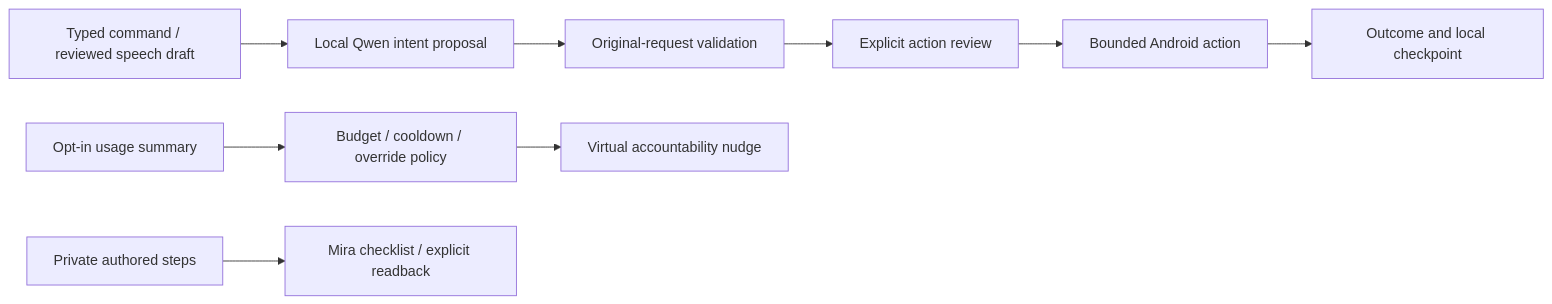
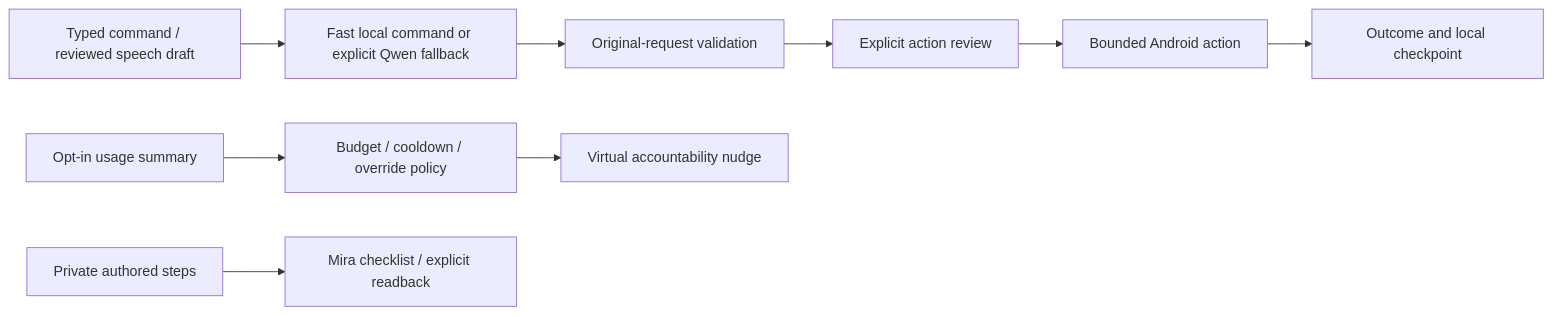
Before and after one commit to sanjuhs/iqoo-focuspilot: the diagram in README.md, drawn with Mermaid. The commit also changed other lines of this file and 8 other files, not shown here.

````diff
--- a/README.md
+++ b/README.md
@@ -114,11 +116,11 @@
 ```mermaid
 flowchart LR
-    A[Typed command / reviewed speech draft] --> B[Local Qwen intent proposal]
+    A[Typed command / reviewed speech draft] --> B[Fast local command or explicit Qwen fallback]
     B --> C[Original-request validation]
     C --> D[Explicit action review]
     D --> E[Bounded Android action]
     E --> F[Outcome and local checkpoint]
     G[Opt-in usage summary] --> H[Budget / cooldown / override policy]
     H --> I[Virtual accountability nudge]
     J[Private authored steps] --> K[Mira checklist / explicit readback]
 ```
````
